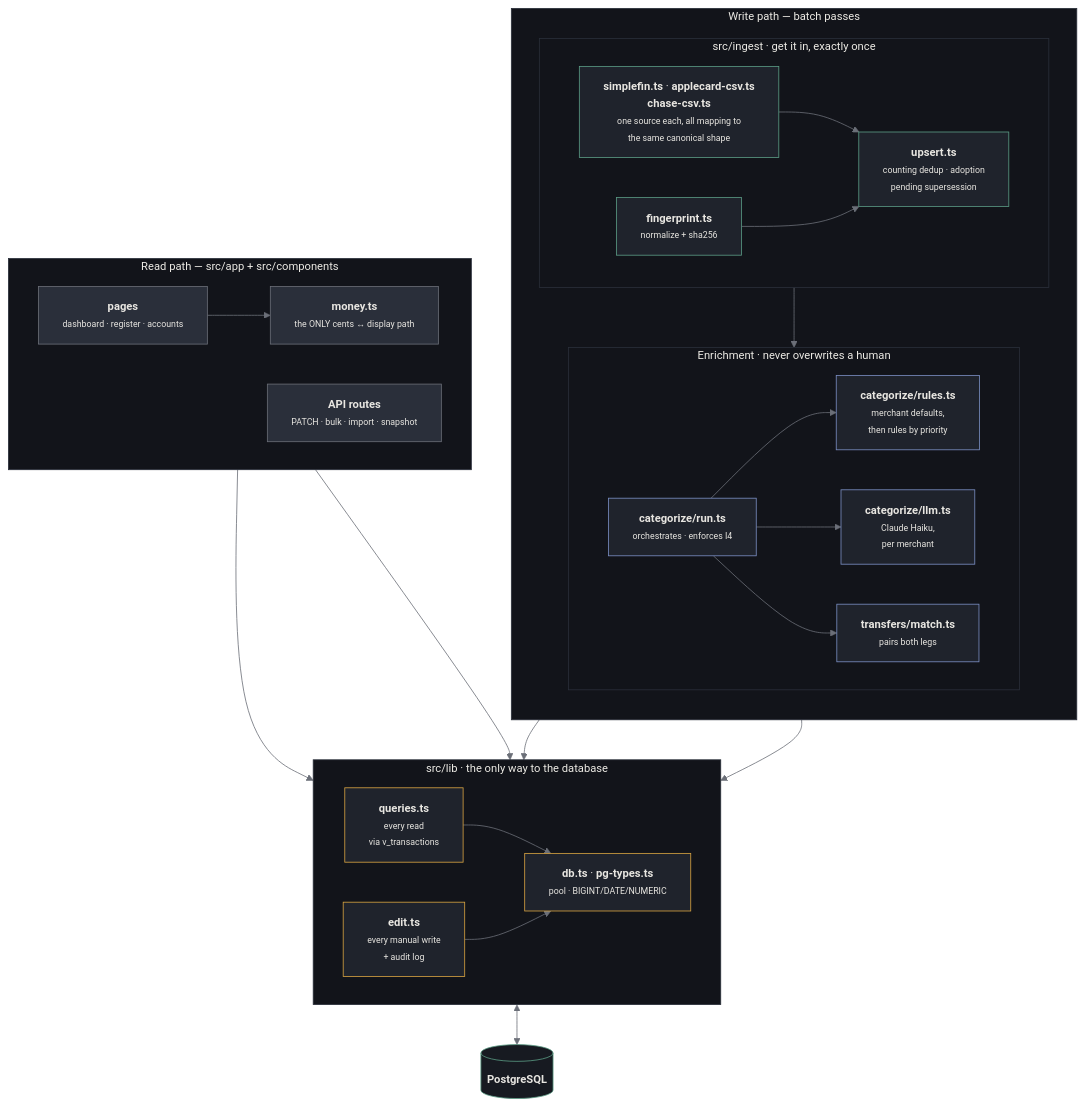
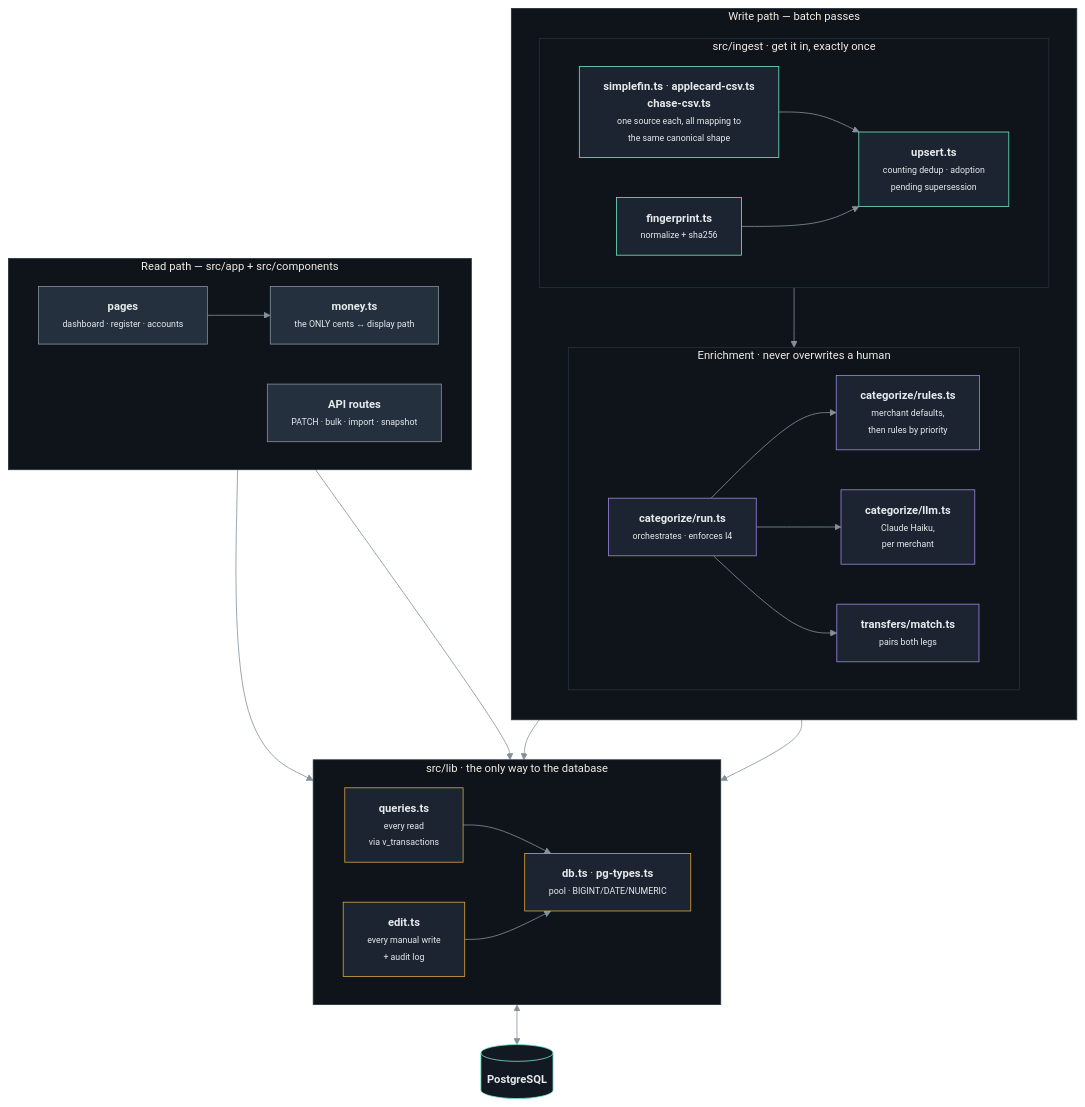
One commit to aryamanram/personal-finance-manager changed the diagram in docs/architecture/components.md. Above: the diagram before and after it, drawn with Mermaid. The commit also changed 8 other files, not shown here.

````diff
--- a/docs/architecture/components.md
+++ b/docs/architecture/components.md
@@ -7,70 +7,70 @@
 ```mermaid
 %%{init: {'theme':'base','themeVariables':{
   'background':'transparent',
-  'primaryColor':'#1f232c','primaryTextColor':'#e8e6e1','primaryBorderColor':'#3a4150',
-  'lineColor':'#6b6f78','secondaryColor':'#171a21','tertiaryColor':'#12141a',
-  'clusterBkg':'#12141a','clusterBorder':'#2a2f3a',
-  'edgeLabelBackground':'#0d0f13','fontSize':'14px'
+  'primaryColor':'#1b2430','primaryTextColor':'#e6eaec','primaryBorderColor':'#34424f',
+  'lineColor':'#84919a','secondaryColor':'#131922','tertiaryColor':'#0f141b',
+  'clusterBkg':'#0f141b','clusterBorder':'#25303e',
+  'edgeLabelBackground':'#0b0f14','fontSize':'14px'
 }}}%%
 flowchart TB
     subgraph write["Write path — batch passes"]
         direction TB
 
         subgraph ingest["src/ingest · get it in, exactly once"]
             direction LR
             sources["<b>simplefin.ts</b> · <b>applecard-csv.ts</b><br/><b>chase-csv.ts</b><br/><span style='font-size:11px'>one source each, all mapping to<br/>the same canonical shape</span>"]
             fingerprint["<b>fingerprint.ts</b><br/><span style='font-size:11px'>normalize + sha256</span>"]
             upsert["<b>upsert.ts</b><br/><span style='font-size:11px'>counting dedup · adoption<br/>pending supersession</span>"]
         end
 
         subgraph enrich["Enrichment · never overwrites a human"]
             direction LR
             runcat["<b>categorize/run.ts</b><br/><span style='font-size:11px'>orchestrates · enforces I4</span>"]
             rules["<b>categorize/rules.ts</b><br/><span style='font-size:11px'>merchant defaults,<br/>then rules by priority</span>"]
             llm["<b>categorize/llm.ts</b><br/><span style='font-size:11px'>Claude Haiku,<br/>per merchant</span>"]
             match["<b>transfers/match.ts</b><br/><span style='font-size:11px'>pairs both legs</span>"]
         end
     end
 
     subgraph gate["src/lib · the only way to the database"]
         direction LR
         queries["<b>queries.ts</b><br/><span style='font-size:11px'>every read<br/>via v_transactions</span>"]
         edit["<b>edit.ts</b><br/><span style='font-size:11px'>every manual write<br/>+ audit log</span>"]
         dbmod["<b>db.ts</b> · <b>pg-types.ts</b><br/><span style='font-size:11px'>pool · BIGINT/DATE/NUMERIC</span>"]
     end
 
     subgraph ui["Read path — src/app + src/components"]
         direction LR
         pages["<b>pages</b><br/><span style='font-size:11px'>dashboard · register · accounts</span>"]
         api["<b>API routes</b><br/><span style='font-size:11px'>PATCH · bulk · import · snapshot</span>"]
         money["<b>money.ts</b><br/><span style='font-size:11px'>the ONLY cents ↔ display path</span>"]
     end
 
     pg[("<b>PostgreSQL</b>")]
 
     sources --> upsert
     fingerprint --> upsert
     upsert --> enrich
     runcat --> rules & llm & match
 
     upsert --> dbmod
     enrich --> dbmod
     queries --> dbmod
     edit --> dbmod
     dbmod <--> pg
 
     pages --> queries
     pages --> money
     api --> edit
 
-    classDef ing fill:#1f232c,stroke:#5b9c85,color:#e8e6e1
-    classDef enr fill:#1f232c,stroke:#7b8fc4,color:#e8e6e1
-    classDef dat fill:#1f232c,stroke:#d9a441,color:#e8e6e1
-    classDef uic fill:#2a2f3a,stroke:#6b6f78,color:#e8e6e1
-    classDef store fill:#171a21,stroke:#5b9c85,color:#e8e6e1
+    classDef ing fill:#1b2430,stroke:#6ee7c0,color:#e6eaec
+    classDef enr fill:#1b2430,stroke:#9a86e0,color:#e6eaec
+    classDef dat fill:#1b2430,stroke:#d9a441,color:#e6eaec
+    classDef uic fill:#25303e,stroke:#84919a,color:#e6eaec
+    classDef store fill:#131922,stroke:#6ee7c0,color:#e6eaec
     class sources,fingerprint,upsert ing
     class runcat,rules,llm,match enr
     class queries,edit,dbmod dat
     class pages,api,money uic
     class pg store
 ```
````
